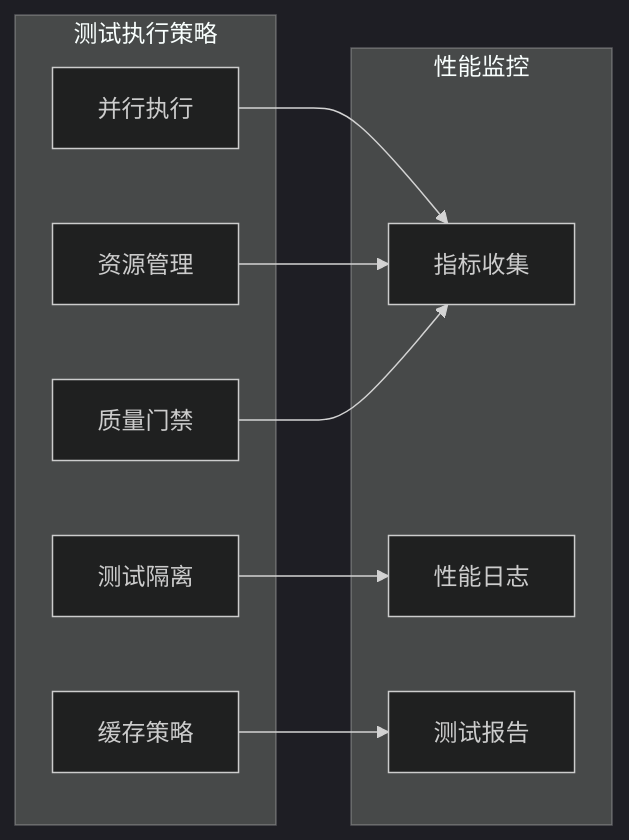
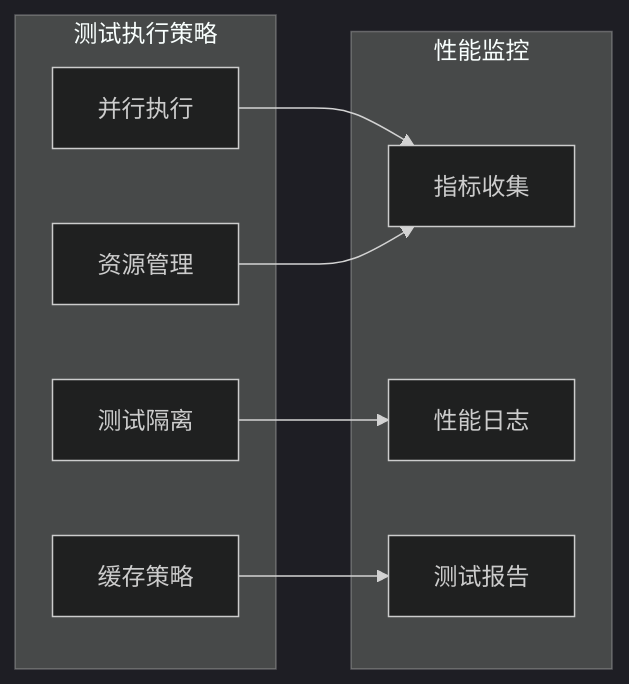
One commit to gree-coder/fund-butler changed diagram 14 of 18 in .qoder/repowiki/zh/content/核心功能开发/测试策略.md. Above: the diagram before and after it, drawn with Mermaid (dark theme). The commit also changed other lines of this file and 21 other files, not shown here.

````diff
--- a/.qoder/repowiki/zh/content/核心功能开发/测试策略.md
+++ b/.qoder/repowiki/zh/content/核心功能开发/测试策略.md
@@ -653,20 +476,18 @@
 ```mermaid
 graph LR
 subgraph "测试执行策略"
 ParallelExecution[并行执行]
 TestIsolation[测试隔离]
 Caching[缓存策略]
 ResourceManagement[资源管理]
-QualityGate[质量门禁]
 end
 subgraph "性能监控"
 MetricsCollection[指标收集]
 PerformanceLogging[性能日志]
 TestReporting[测试报告]
 end
 ParallelExecution --> MetricsCollection
 TestIsolation --> PerformanceLogging
 Caching --> TestReporting
 ResourceManagement --> MetricsCollection
-QualityGate --> MetricsCollection
 ```
````
